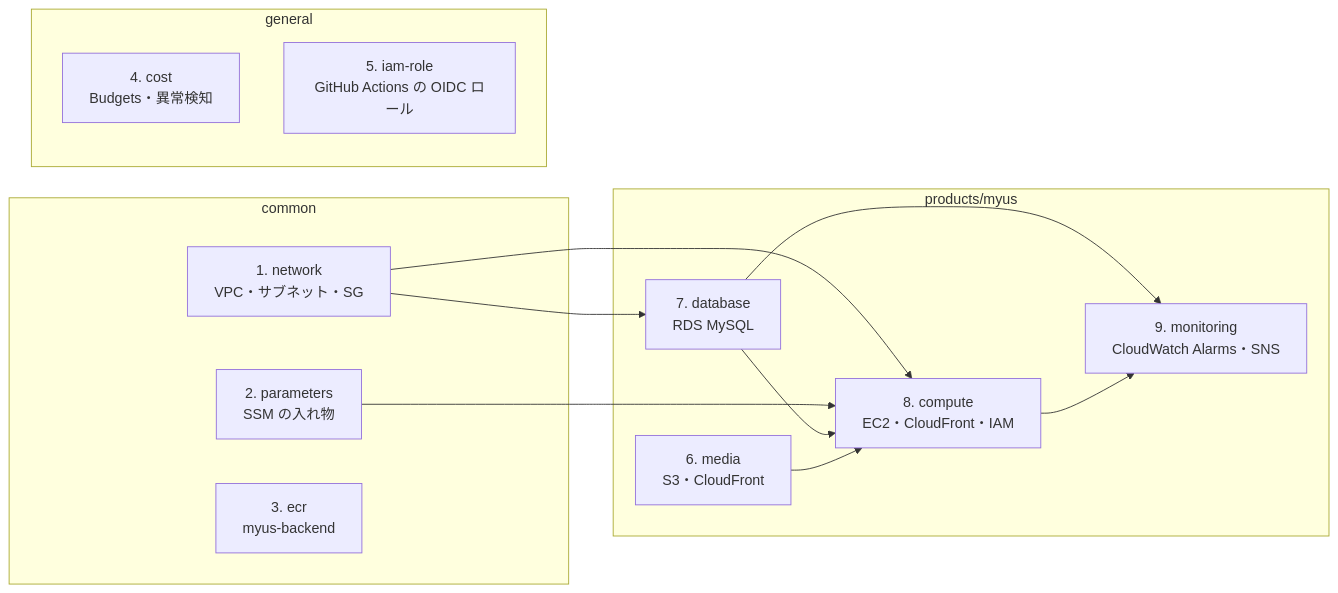
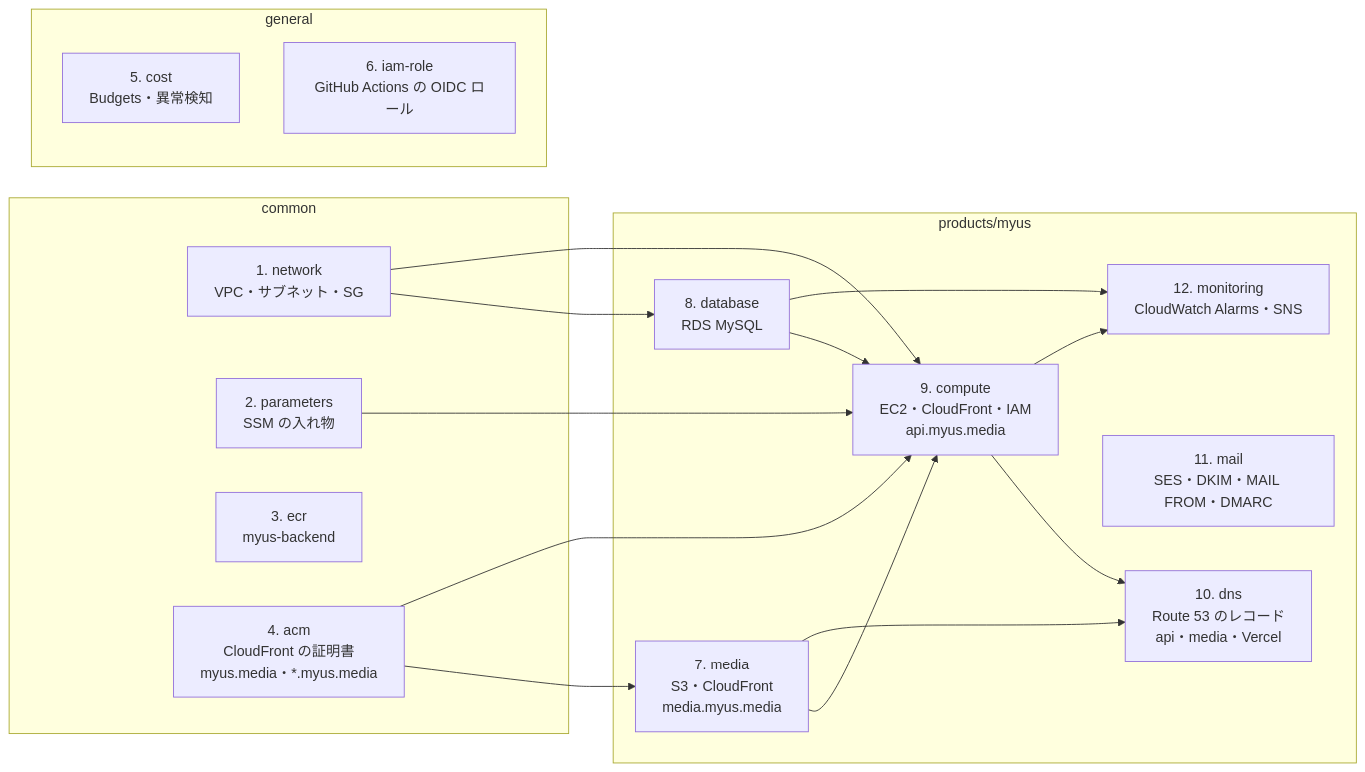
One commit to ANFINII/MyUs changed the third of 6 diagrams in docs/infrastructure.md. Above: the diagram before and after it, drawn with Mermaid. The commit also changed 21 other files, not shown here.

Commit message:
myus.media の証明書・DNS・メールのスタックを作り、API とメディアの CloudFront に別名を付ける (#1496)

````diff
--- a/docs/infrastructure.md
+++ b/docs/infrastructure.md
@@ -220,26 +220,33 @@
 ```mermaid
 flowchart LR
     subgraph common[common]
         network[1. network<br/>VPC・サブネット・SG]
         parameters[2. parameters<br/>SSM の入れ物]
         ecr[3. ecr<br/>myus-backend]
+        acm[4. acm<br/>CloudFront の証明書<br/>myus.media・*.myus.media]
     end
     subgraph general[general]
-        cost[4. cost<br/>Budgets・異常検知]
-        iam[5. iam-role<br/>GitHub Actions の OIDC ロール]
+        cost[5. cost<br/>Budgets・異常検知]
+        iam[6. iam-role<br/>GitHub Actions の OIDC ロール]
     end
     subgraph myus[products/myus]
-        media[6. media<br/>S3・CloudFront]
-        database[7. database<br/>RDS MySQL]
-        compute[8. compute<br/>EC2・CloudFront・IAM]
-        monitoring[9. monitoring<br/>CloudWatch Alarms・SNS]
+        media[7. media<br/>S3・CloudFront<br/>media.myus.media]
+        database[8. database<br/>RDS MySQL]
+        compute[9. compute<br/>EC2・CloudFront・IAM<br/>api.myus.media]
+        dns[10. dns<br/>Route 53 のレコード<br/>api・media・Vercel]
+        mail[11. mail<br/>SES・DKIM・MAIL FROM・DMARC]
+        monitoring[12. monitoring<br/>CloudWatch Alarms・SNS]
     end
 
+    acm --> media
+    acm --> compute
     network --> database
     network --> compute
     parameters --> compute
     database --> compute
     media --> compute
+    media --> dns
+    compute --> dns
     database --> monitoring
     compute --> monitoring
 ```
````
